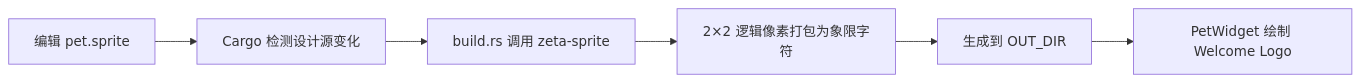
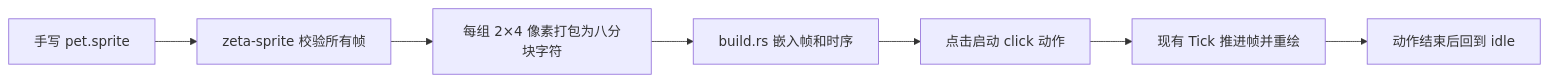
The diagram in zeta-code/docs/logo.md (chogng/zeta), drawn with Mermaid before and after one commit. The commit also changed other lines of this file and 28 other files, not shown here.

````diff
--- a/zeta-code/docs/logo.md
+++ b/zeta-code/docs/logo.md
@@ -24,8 +21,9 @@
 ```mermaid
 flowchart LR
-    A[编辑 pet.sprite] --> B[Cargo 检测设计源变化]
-    B --> C[build.rs 调用 zeta-sprite]
-    C --> D[2×2 逻辑像素打包为象限字符]
-    D --> E[生成到 OUT_DIR]
-    E --> F[PetWidget 绘制 Welcome Logo]
+    A[手写 pet.sprite] --> B[zeta-sprite 校验所有帧]
+    B --> C[每组 2×4 像素打包为八分块字符]
+    C --> D[build.rs 嵌入帧和时序]
+    D --> E[点击启动 click 动作]
+    E --> F[现有 Tick 推进帧并重绘]
+    F --> G[动作结束后回到 idle]
 ```
````
